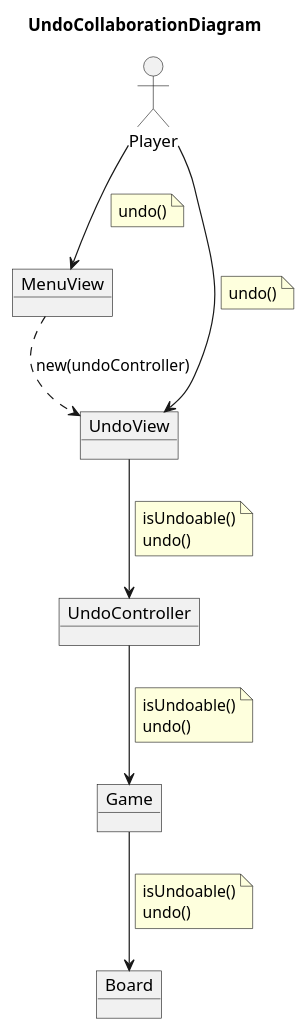
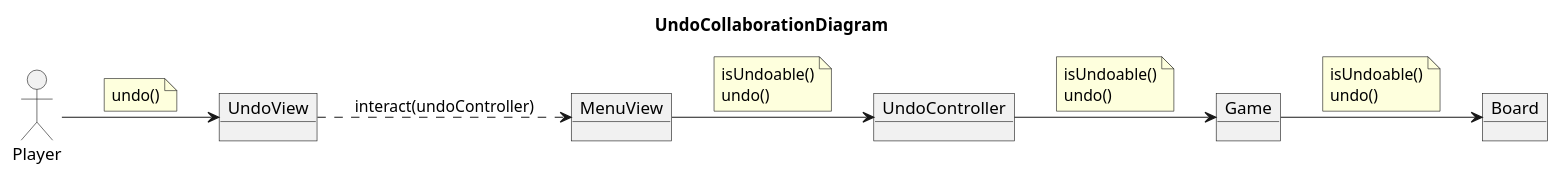
One commit to Master-Desarrollo-20-21/patrones-diseno---practica-final---juego-de-las-damas-fraylopez changed the diagram in docs/src/analysis/use-cases/undo-colab.plantuml. Above: the diagram before and after it, drawn with PlantUML. The commit also changed 19 other files, not shown here.

```diff
--- a/docs/src/analysis/use-cases/undo-colab.plantuml
+++ b/docs/src/analysis/use-cases/undo-colab.plantuml
@@ -1,43 +1,37 @@
 @startuml UndoCollaborationDiagram
 title UndoCollaborationDiagram
 
 allow_mixing
-' left to right direction
+left to right direction
 
 actor Player
 object MenuView
 object UndoView
 object UndoController
 object Game
 object Board
 
-Player --> MenuView
-note on link
-    undo()
-end note
-MenuView ..> UndoView : new(undoController)
-
 Player --> UndoView
 note on link
     undo()
 end note
-
-UndoView --> UndoController
+UndoView ..> MenuView : interact(undoController)
+MenuView --> UndoController
 note on link
     isUndoable()
     undo()
 end note
 
 UndoController --> Game
 note on link
     isUndoable()
     undo()
 end note
 
 Game --> Board
 note on link
     isUndoable()
     undo()
 end note
 
 @enduml
```
